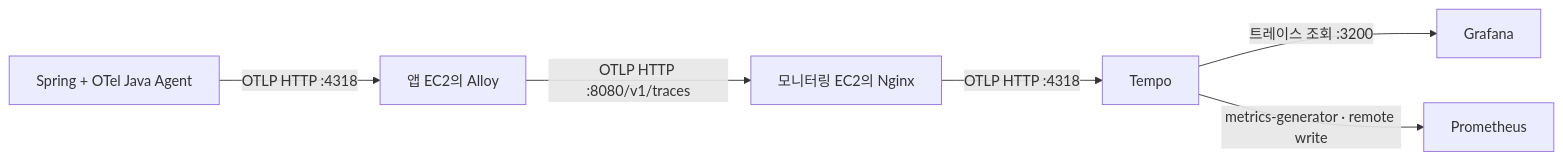
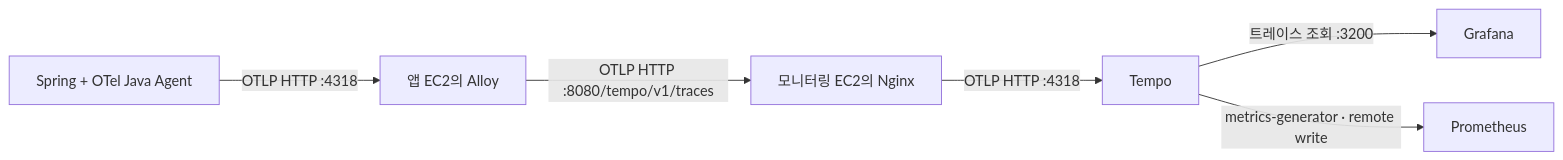
One commit to woowacourse-teams/2026-jarihana changed the diagram in infra/docs/observability/TRACING.md. Above: the diagram before and after it, drawn with Mermaid. The commit also changed other lines of this file and 12 other files, not shown here.

````diff
--- a/infra/docs/observability/TRACING.md
+++ b/infra/docs/observability/TRACING.md
@@ -10,8 +10,8 @@
 ```mermaid
 flowchart LR
   APP["Spring + OTel Java Agent"] -->|"OTLP HTTP :4318"| ALLOY["앱 EC2의 Alloy"]
-  ALLOY -->|"OTLP HTTP :8080/v1/traces"| NGINX["모니터링 EC2의 Nginx"]
+  ALLOY -->|"OTLP HTTP :8080/tempo/v1/traces"| NGINX["모니터링 EC2의 Nginx"]
   NGINX -->|"OTLP HTTP :4318"| TEMPO["Tempo"]
   TEMPO -->|"트레이스 조회 :3200"| GRAFANA["Grafana"]
   TEMPO -->|"metrics-generator · remote write"| PROM["Prometheus"]
 ```
````
